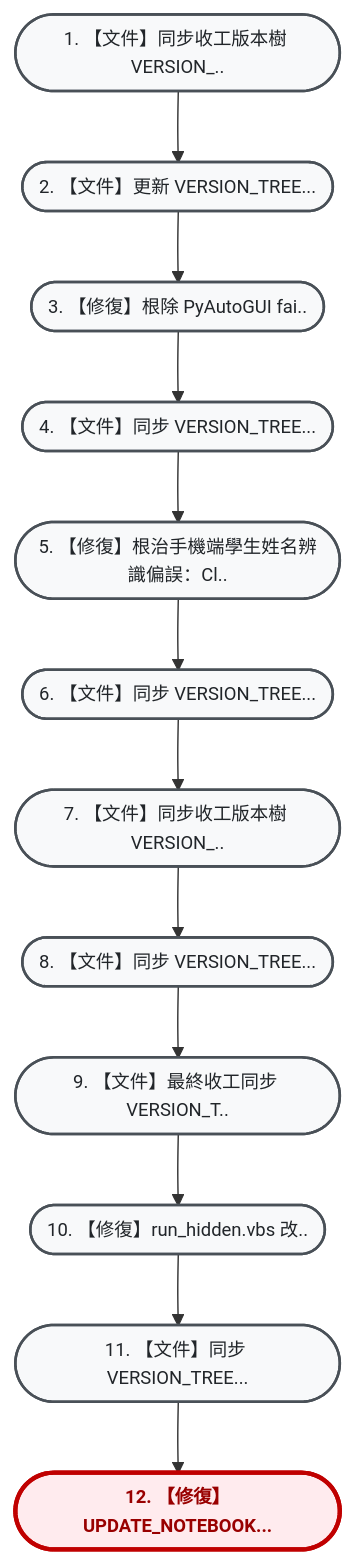
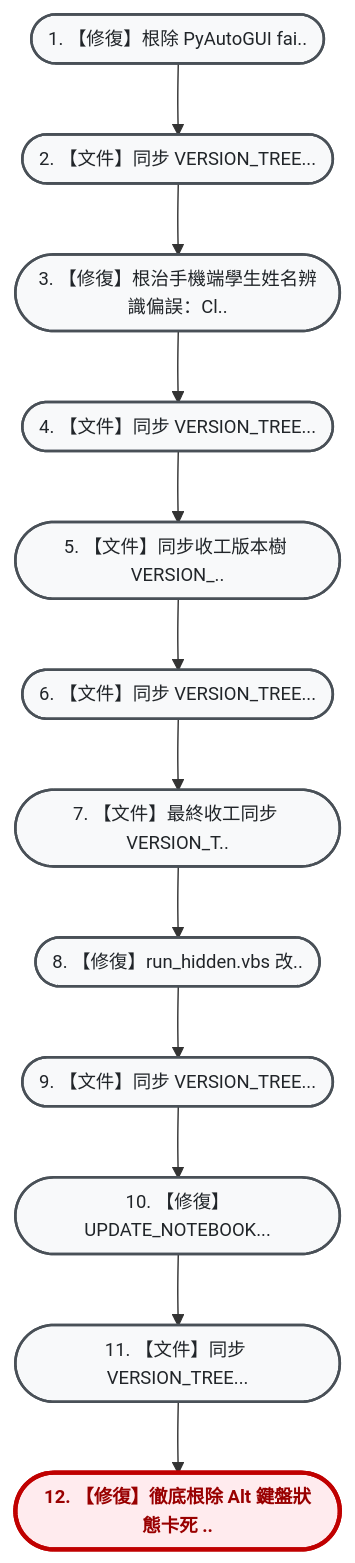
The diagram in VERSION_TREE.md (hjen8/NoType-Scribe), drawn with Mermaid before and after one commit. The commit also changed other lines of this file, not shown here.

Commit message:
docs: 同步 VERSION_TREE.md 版本樹

````diff
--- a/VERSION_TREE.md
+++ b/VERSION_TREE.md
@@ -13,30 +13,30 @@
 ```mermaid
 flowchart TD
     %% 雙壁版本樹專用視覺化配色風格 (由上而下 TD 垂直大字純中文版)
     classDef default fill:#f8f9fa,stroke:#495057,stroke-width:1.8px,color:#212529,font-size:13px;
     classDef current fill:#ffebee,stroke:#c00000,stroke-width:3px,color:#900,font-weight:bold,font-size:13px;
     classDef mergeNode fill:#e3f2fd,stroke:#1565c0,stroke-width:2px,color:#0d47a1,font-size:13px;
-    n_fde5927(["1. 【文件】同步收工版本樹 VERSION_.."]):::default
-    n_d139599(["2. 【文件】更新 VERSION_TREE..."]):::default
-    n_9ebe870(["3. 【修復】根除 PyAutoGUI fai.."]):::default
-    n_9480dc7(["4. 【文件】同步 VERSION_TREE..."]):::default
-    n_e1c1c9f(["5. 【修復】根治手機端學生姓名辨識偏誤：Cl.."]):::default
-    n_b75d44f(["6. 【文件】同步 VERSION_TREE..."]):::default
-    n_79089d2(["7. 【文件】同步收工版本樹 VERSION_.."]):::default
-    n_0029f92(["8. 【文件】同步 VERSION_TREE..."]):::default
-    n_aa9902c(["9. 【文件】最終收工同步 VERSION_T.."]):::default
-    n_fcd881b(["10. 【修復】run_hidden.vbs 改.."]):::default
-    n_2a21125(["11. 【文件】同步 VERSION_TREE..."]):::default
-    n_a22a9d3(["12. 【修復】UPDATE_NOTEBOOK..."]):::current
-    n_fde5927 --> n_d139599
-    n_d139599 --> n_9ebe870
+    n_9ebe870(["1. 【修復】根除 PyAutoGUI fai.."]):::default
+    n_9480dc7(["2. 【文件】同步 VERSION_TREE..."]):::default
+    n_e1c1c9f(["3. 【修復】根治手機端學生姓名辨識偏誤：Cl.."]):::default
+    n_b75d44f(["4. 【文件】同步 VERSION_TREE..."]):::default
+    n_79089d2(["5. 【文件】同步收工版本樹 VERSION_.."]):::default
+    n_0029f92(["6. 【文件】同步 VERSION_TREE..."]):::default
+    n_aa9902c(["7. 【文件】最終收工同步 VERSION_T.."]):::default
+    n_fcd881b(["8. 【修復】run_hidden.vbs 改.."]):::default
+    n_2a21125(["9. 【文件】同步 VERSION_TREE..."]):::default
+    n_a22a9d3(["10. 【修復】UPDATE_NOTEBOOK..."]):::default
+    n_95a7624(["11. 【文件】同步 VERSION_TREE..."]):::default
+    n_aef1404(["12. 【修復】徹底根除 Alt 鍵盤狀態卡死 .."]):::current
     n_9ebe870 --> n_9480dc7
     n_9480dc7 --> n_e1c1c9f
     n_e1c1c9f --> n_b75d44f
     n_b75d44f --> n_79089d2
     n_79089d2 --> n_0029f92
     n_0029f92 --> n_aa9902c
     n_aa9902c --> n_fcd881b
     n_fcd881b --> n_2a21125
     n_2a21125 --> n_a22a9d3
+    n_a22a9d3 --> n_95a7624
+    n_95a7624 --> n_aef1404
 ```
````
